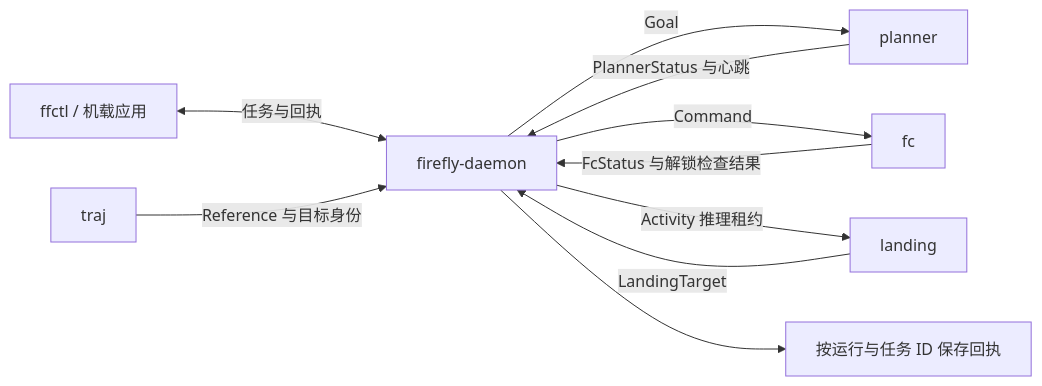
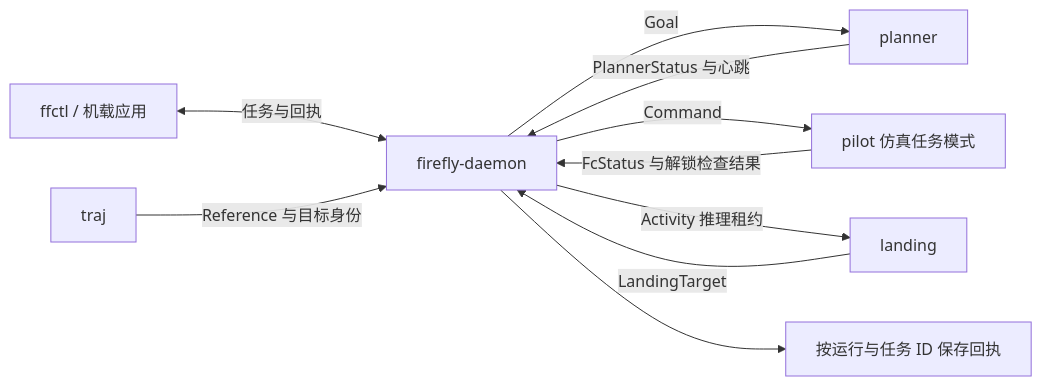
One commit to 3SE-Competitive-Robotics-Team/firefly changed the third of 6 diagrams in docs/architecture.md. Above: the diagram before and after it, drawn with Mermaid. The commit also changed other lines of this file and 49 other files, not shown here.

````diff
--- a/docs/architecture.md
+++ b/docs/architecture.md
@@ -56,12 +58,12 @@
 ```mermaid
 flowchart LR
     client["ffctl / 机载应用"] <-->|任务与回执| task["firefly-daemon"]
     task -->|Goal| planner["planner"]
     planner -->|PlannerStatus 与心跳| task
     traj["traj"] -->|Reference 与目标身份| task
-    task -->|Command| fc["fc"]
+    task -->|Command| fc["pilot 仿真任务模式"]
     fc -->|FcStatus 与解锁检查结果| task
     task -->|Activity 推理租约| landing["landing"]
     landing -->|LandingTarget| task
     task --> store["按运行与任务 ID 保存回执"]
 ```
````
